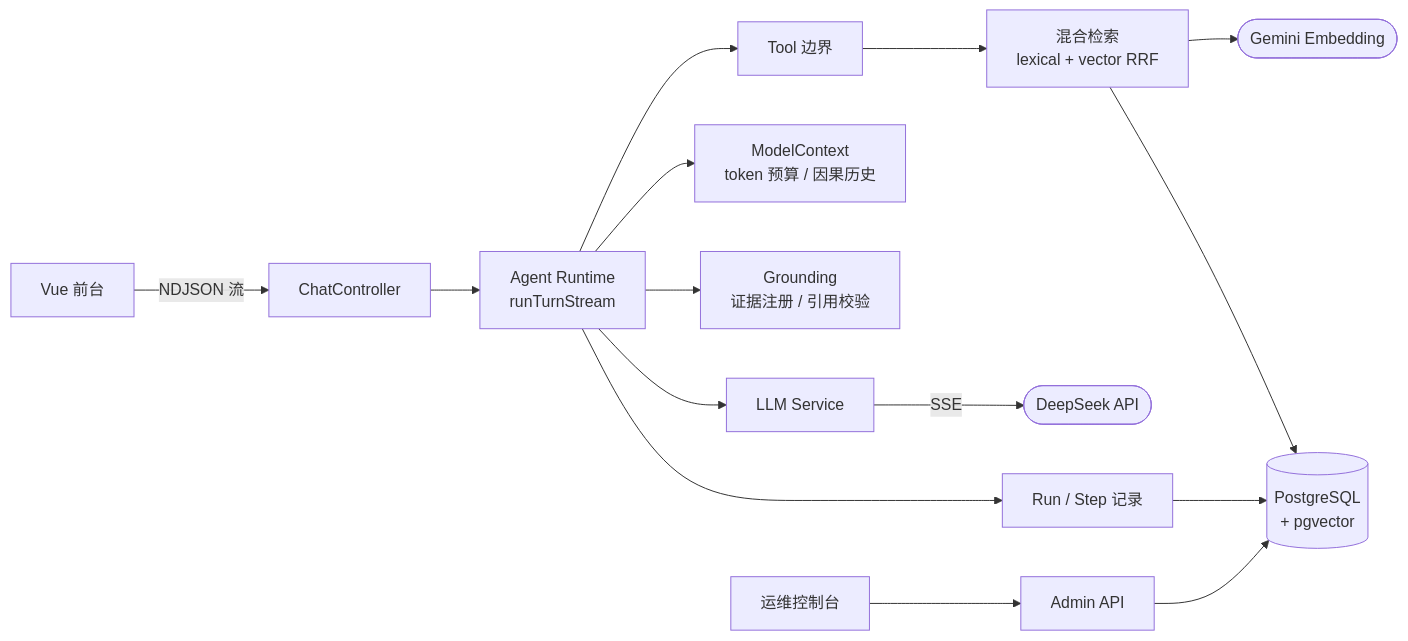
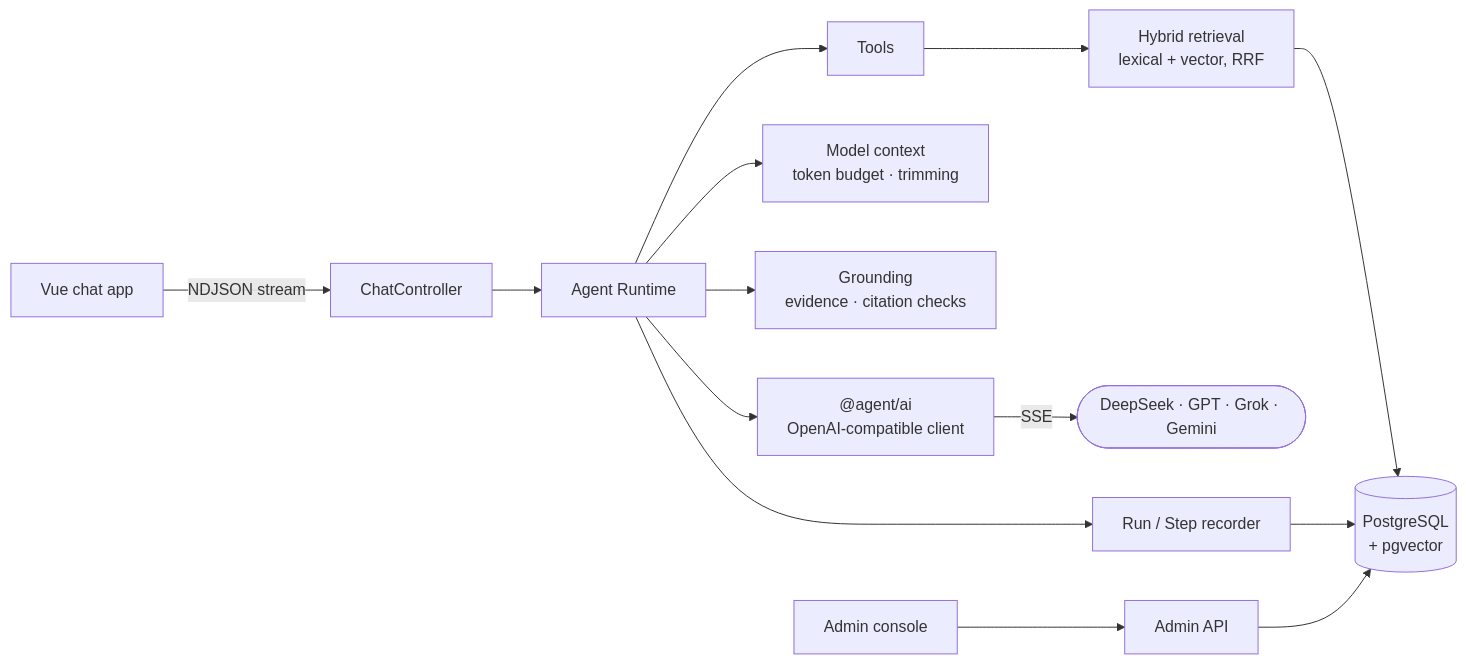
One commit to mufeiyu-ayu/agent changed the diagram in README.md. Above: the diagram before and after it, drawn with Mermaid. The commit also changed other lines of this file and 5 other files, not shown here.

````diff
--- a/README.md
+++ b/README.md
@@ -27,14 +100,14 @@
 ```mermaid
 flowchart LR
-    Web[Vue 前台] -->|NDJSON 流| API[ChatController]
-    Admin[运维控制台] --> AdminAPI[Admin API]
-    API --> Runtime[Agent Runtime<br/>runTurnStream]
-    Runtime --> Context[ModelContext<br/>token 预算 / 因果历史]
-    Runtime --> Grounding[Grounding<br/>证据注册 / 引用校验]
-    Runtime --> LLM[LLM Service] -->|SSE| DeepSeek([DeepSeek API])
-    Runtime --> Tools[Tool 边界] --> Retrieval[混合检索<br/>lexical + vector RRF]
-    Retrieval --> Gemini([Gemini Embedding])
+    Web[Vue chat app] -->|NDJSON stream| API[ChatController]
+    Admin[Admin console] --> AdminAPI[Admin API]
+    API --> Runtime[Agent Runtime]
+    Runtime --> Context[Model context<br/>token budget · trimming]
+    Runtime --> Grounding[Grounding<br/>evidence · citation checks]
+    Runtime --> LLM["@agent/ai<br/>OpenAI-compatible client"]
+    LLM -->|SSE| Providers([DeepSeek · GPT · Grok · Gemini])
+    Runtime --> Tools[Tools] --> Retrieval[Hybrid retrieval<br/>lexical + vector, RRF]
     Retrieval --> DB[(PostgreSQL<br/>+ pgvector)]
-    Runtime --> Recorder[Run / Step 记录] --> DB
+    Runtime --> Recorder[Run / Step recorder] --> DB
     AdminAPI --> DB
 ```
````
